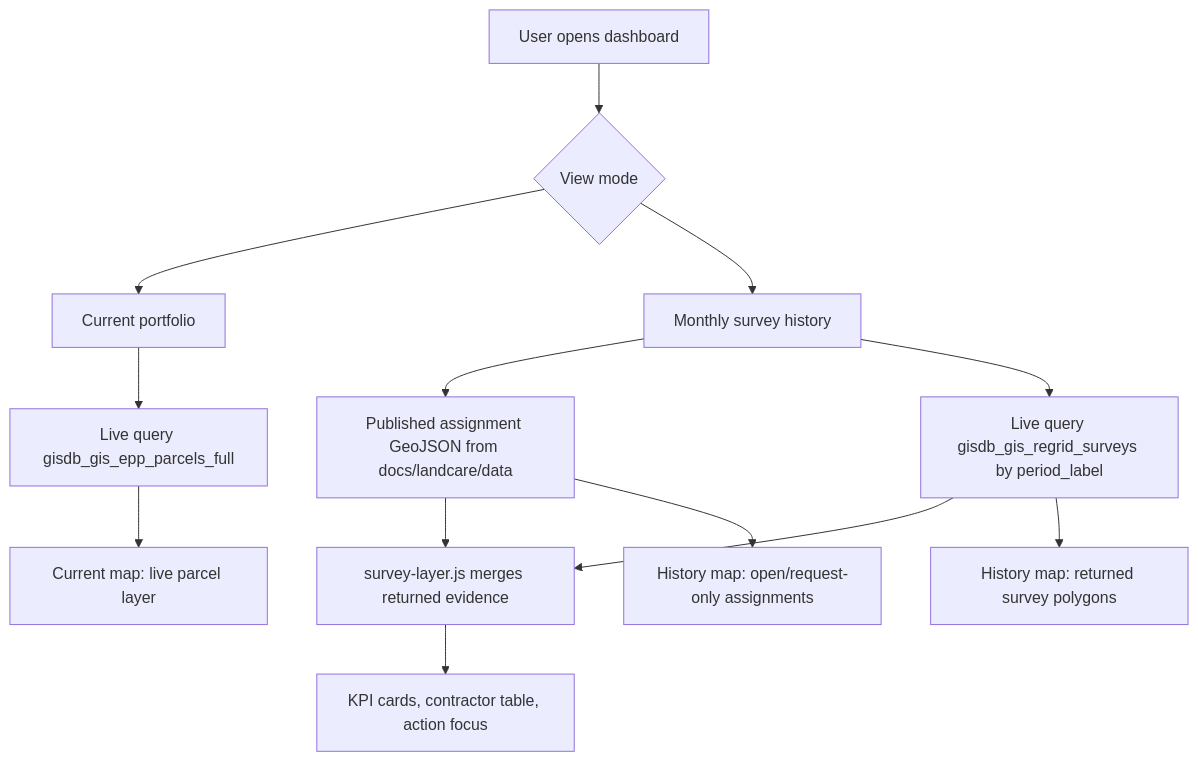
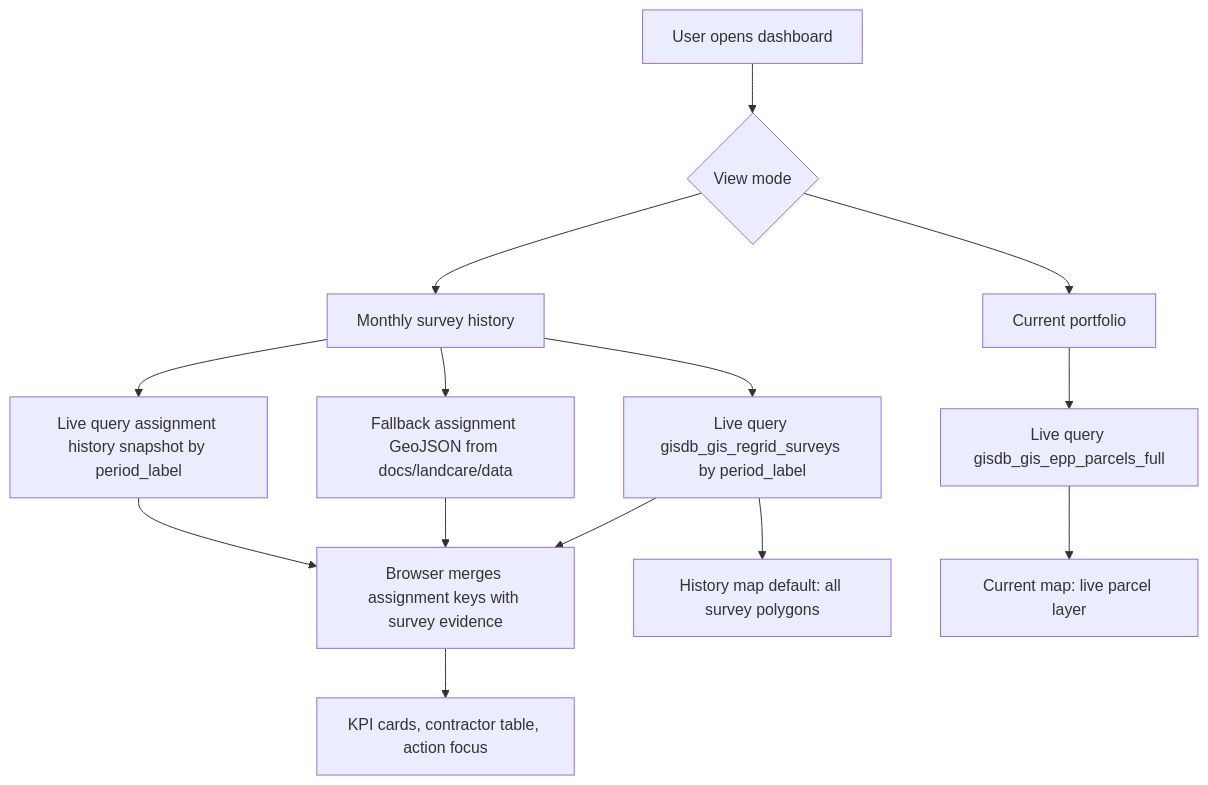
One commit to rutomo-ura/land-care-assurance changed the second of 2 diagrams in docs/landcare-architecture.md. Above: the diagram before and after it, drawn with Mermaid. The commit also changed other lines of this file and 12 other files, not shown here.

Commit message:
Use live ArcGIS assignment and survey coverage

````diff
--- a/docs/landcare-architecture.md
+++ b/docs/landcare-architecture.md
@@ -98,19 +100,20 @@
 ```mermaid
 flowchart TD
     User["User opens dashboard"] --> View{"View mode"}
 
     View --> Current["Current portfolio"]
     View --> History["Monthly survey history"]
 
     Current --> EppLive["Live query gisdb_gis_epp_parcels_full"]
-    History --> AssignStatic["Published assignment GeoJSON from docs/landcare/data"]
+    History --> AssignLive["Live query assignment history snapshot by period_label"]
+    History --> AssignStatic["Fallback assignment GeoJSON from docs/landcare/data"]
     History --> SurveyLive["Live query gisdb_gis_regrid_surveys by period_label"]
 
-    AssignStatic --> Merge["survey-layer.js merges returned evidence"]
+    AssignLive --> Merge["Browser merges assignment keys with survey evidence"]
+    AssignStatic --> Merge
     SurveyLive --> Merge
     Merge --> Sidebar["KPI cards, contractor table, action focus"]
-    SurveyLive --> MapReturned["History map: returned survey polygons"]
-    AssignStatic --> MapOpen["History map: open/request-only assignments"]
+    SurveyLive --> MapReturned["History map default: all survey polygons"]
 
     EppLive --> MapCurrent["Current map: live parcel layer"]
 ```
````
